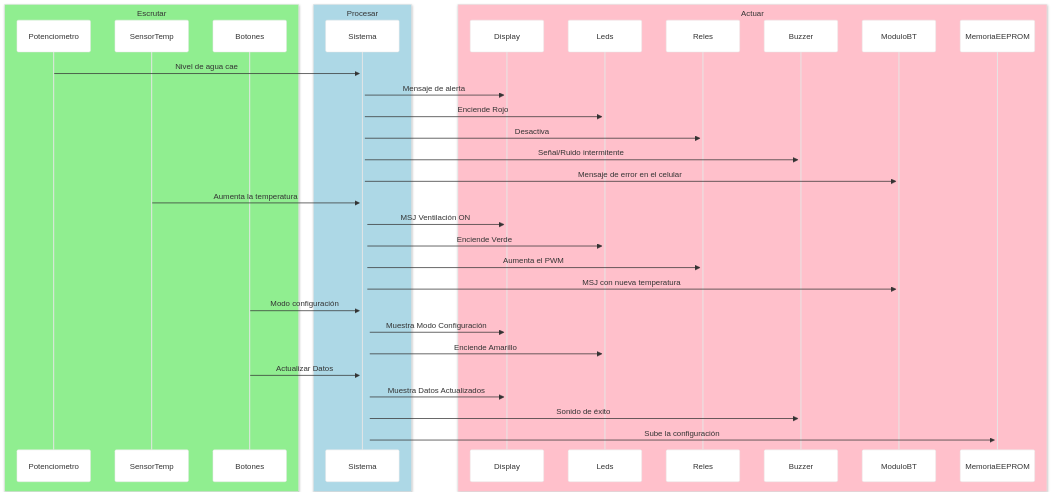
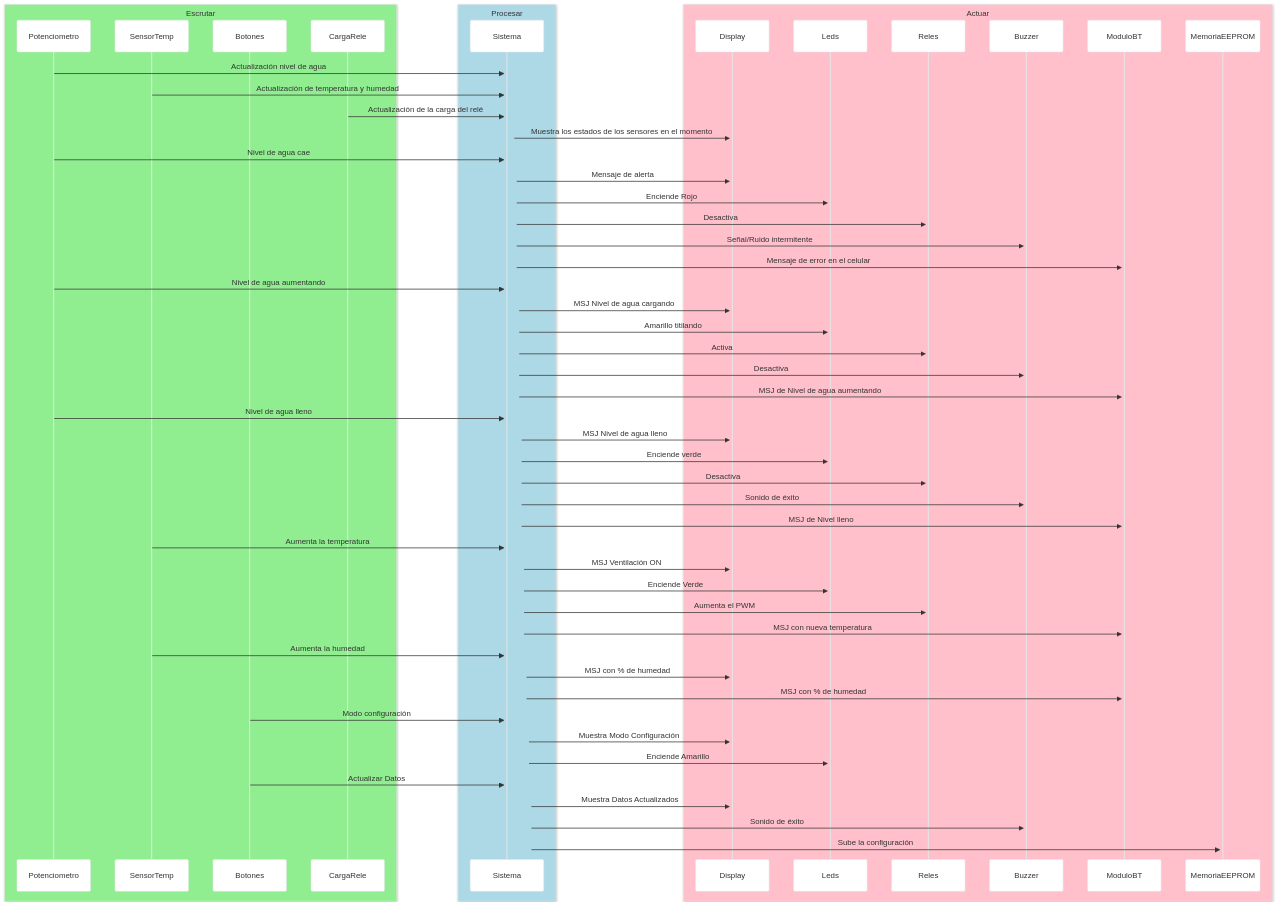
One commit to franavin/tdse-tf_2026-1erC_3-1 changed the diagram in Modulos.md. Above: the diagram before and after it, drawn with Mermaid.

````diff
--- a/Modulos.md
+++ b/Modulos.md
@@ -1,39 +1,59 @@
 ```mermaid
 %%{init: { 'theme': 'base', 'themeVariables': { 'background': '#ffffff', 'primaryColor': '#ffffff', 'mainBkg': '#ffffff', 'actorBkg': '#ffffff', 'boxBkgColor': '#ffffff' }}}%%
 sequenceDiagram
     box lightgreen Escrutar
     participant Potenciometro
     participant SensorTemp
     participant Botones
+    participant CargaRele
     end
     box lightblue Procesar
     participant Sistema
     end
     box pink Actuar
     participant Display
     participant Leds
     participant Reles
     participant Buzzer
     participant ModuloBT
     participant MemoriaEEPROM
     end
+    Potenciometro->>+Sistema: Actualización nivel de agua
+    SensorTemp->>+Sistema: Actualización de temperatura y humedad
+    CargaRele->>+Sistema: Actualización de la carga del relé
+    Sistema->>+Display: Muestra los estados de los sensores en el momento
     Potenciometro->>+Sistema: Nivel de agua cae
     Sistema->>+Display: Mensaje de alerta
     Sistema->>+Leds: Enciende Rojo
     Sistema->>+Reles: Desactiva
     Sistema->>+Buzzer: Señal/Ruido intermitente
     Sistema->>+ModuloBT: Mensaje de error en el celular
+    Potenciometro->>+Sistema: Nivel de agua aumentando
+    Sistema->>+Display: MSJ Nivel de agua cargando
+    Sistema->>Leds: Amarillo titilando
+    Sistema->>Reles: Activa
+    Sistema->>Buzzer: Desactiva
+    Sistema->>ModuloBT: MSJ de Nivel de agua aumentando 
+    Potenciometro->>+Sistema: Nivel de agua lleno
+    Sistema->>+Display: MSJ Nivel de agua lleno
+    Sistema->>+Leds: Enciende verde
+    Sistema->>+Reles: Desactiva
+    Sistema->>+Buzzer: Sonido de éxito
+    Sistema->>+ModuloBT: MSJ de Nivel lleno
     SensorTemp->>+Sistema: Aumenta la temperatura
     Sistema->>+Display: MSJ Ventilación ON
     Sistema->>+Leds: Enciende Verde
     Sistema->>+Reles: Aumenta el PWM
     Sistema->>+ModuloBT: MSJ con nueva temperatura
+    SensorTemp->>+Sistema: Aumenta la humedad
+    Sistema->>+Display: MSJ con % de humedad
+    Sistema->>+ModuloBT: MSJ con % de humedad
     Botones->>+Sistema: Modo configuración
     Sistema->>+Display: Muestra Modo Configuración
     Sistema->>+Leds: Enciende Amarillo
-    Botones->>Sistema: Actualizar Datos
+    Botones->>+Sistema: Actualizar Datos
     Sistema->>+Display: Muestra Datos Actualizados
     Sistema->>+Buzzer: Sonido de éxito
     Sistema->>+MemoriaEEPROM: Sube la configuración
 
 ```
````
